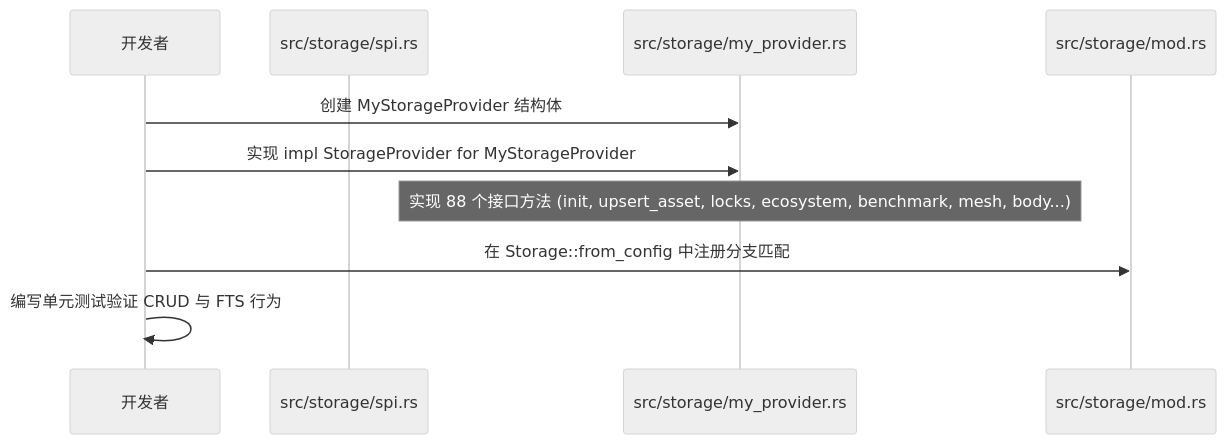
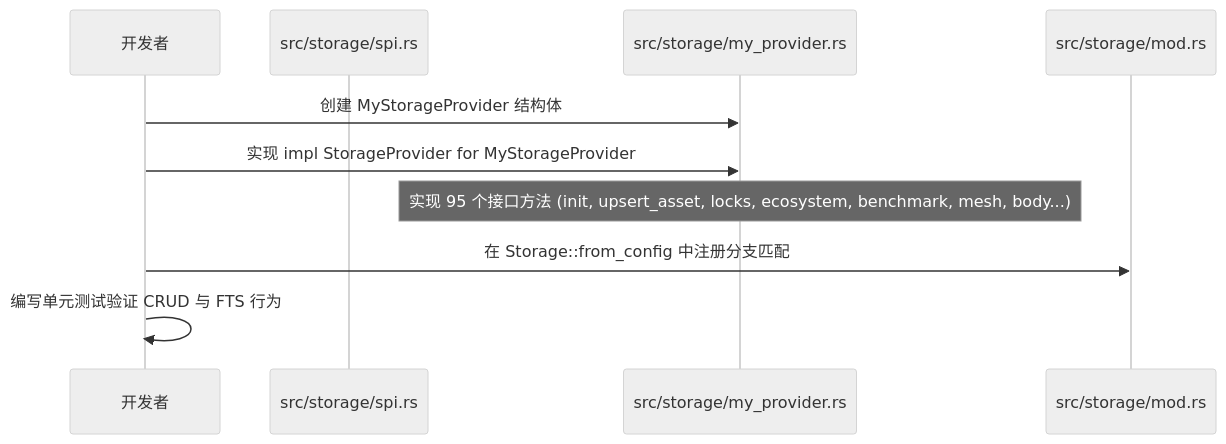
Before and after one commit to digoal/agent-body: the second of 2 diagrams in docs/arch/02-for-developers.md, drawn with Mermaid (neutral theme). The commit also changed other lines of this file and 54 other files, not shown here.

````diff
--- a/docs/arch/02-for-developers.md
+++ b/docs/arch/02-for-developers.md
@@ -174,13 +174,13 @@
 ```mermaid
 sequenceDiagram
     participant Dev as 开发者
     participant SPI as src/storage/spi.rs
     participant Impl as src/storage/my_provider.rs
     participant Facade as src/storage/mod.rs
 
     Dev->>Impl: 创建 MyStorageProvider 结构体
     Dev->>Impl: 实现 impl StorageProvider for MyStorageProvider
-    Note over Impl: 实现 88 个接口方法 (init, upsert_asset, locks, ecosystem, benchmark, mesh, body...)
+    Note over Impl: 实现 95 个接口方法 (init, upsert_asset, locks, ecosystem, benchmark, mesh, body...)
     Dev->>Facade: 在 Storage::from_config 中注册分支匹配
     Dev->>Dev: 编写单元测试验证 CRUD 与 FTS 行为
 ```
````
